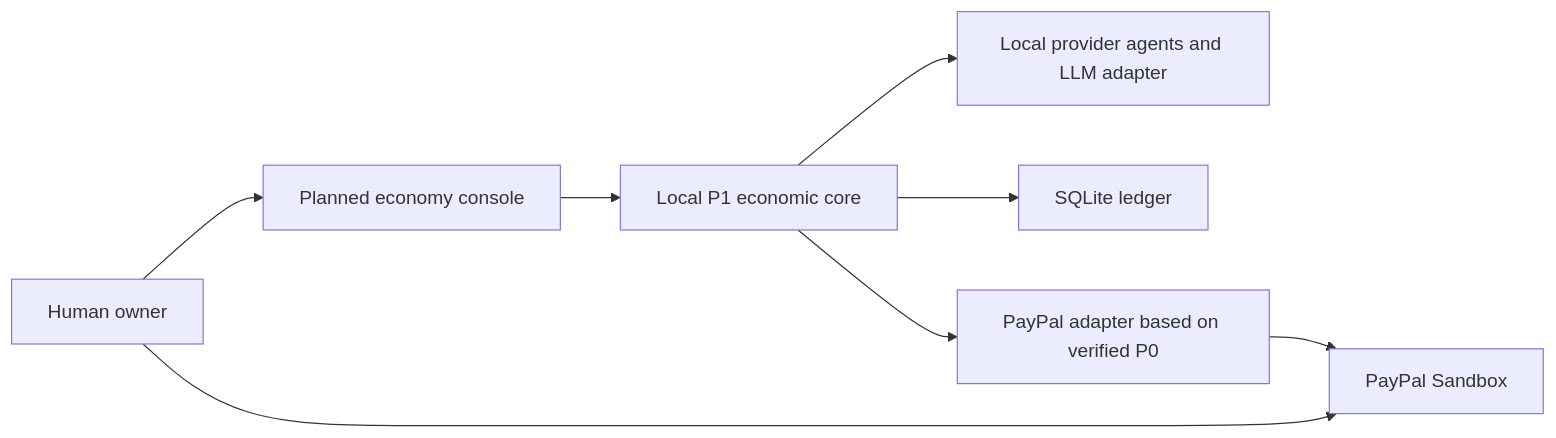
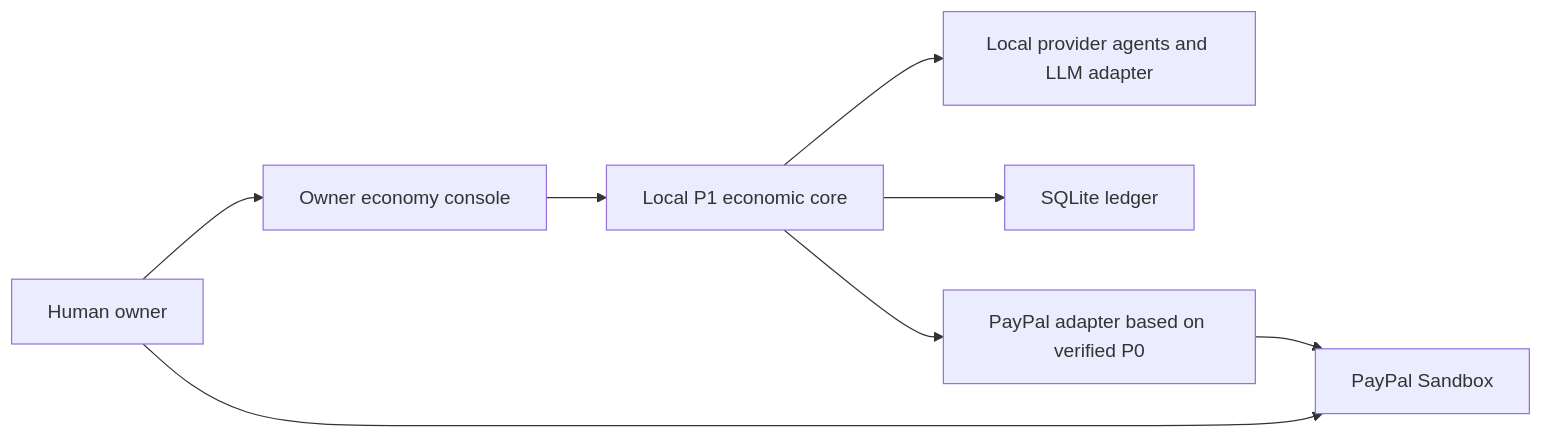
The diagram in README.md (weihong363/credence), drawn with Mermaid before and after one commit. The commit also changed other lines of this file and 26 other files, not shown here.

````diff
--- a/README.md
+++ b/README.md
@@ -34,10 +38,10 @@
 ```mermaid
 flowchart LR
-  Owner[Human owner] --> Console[Planned economy console]
+  Owner[Human owner] --> Console[Owner economy console]
   Console --> Core[Local P1 economic core]
   Core --> Providers[Local provider agents and LLM adapter]
   Core --> DB[SQLite ledger]
   Core --> Payment[PayPal adapter based on verified P0]
   Payment --> Sandbox[PayPal Sandbox]
   Owner --> Sandbox
 ```
````
